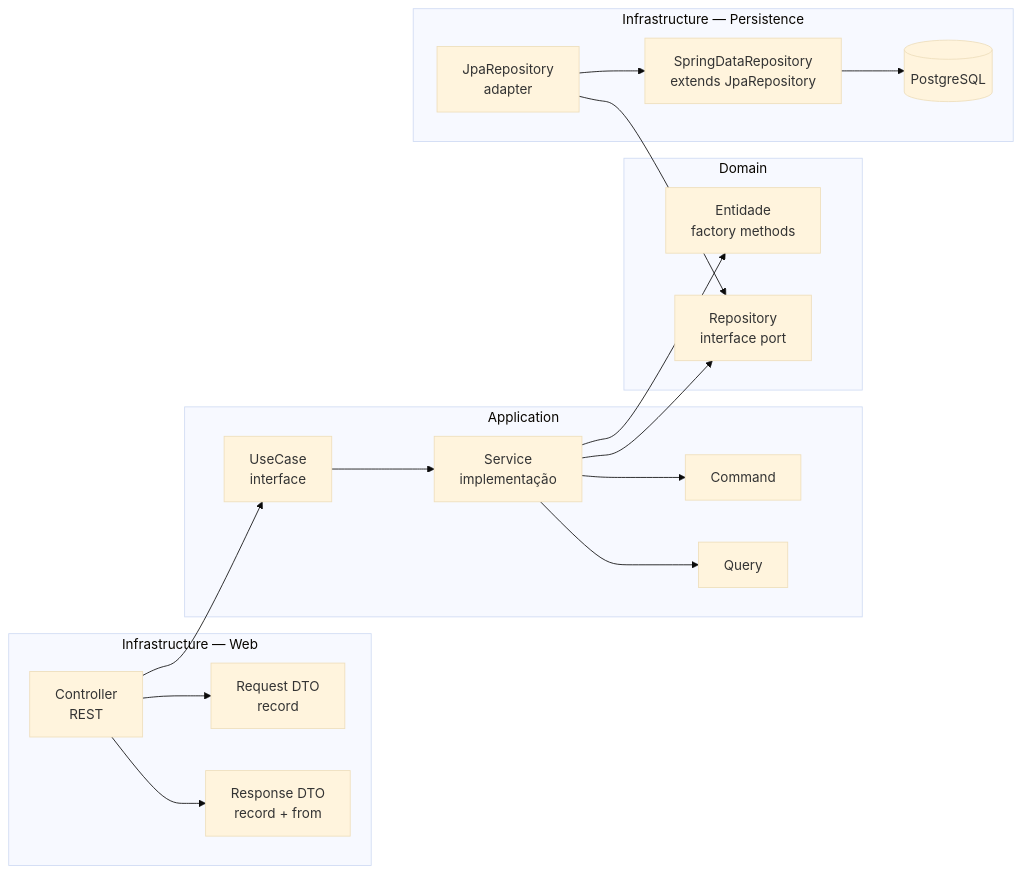
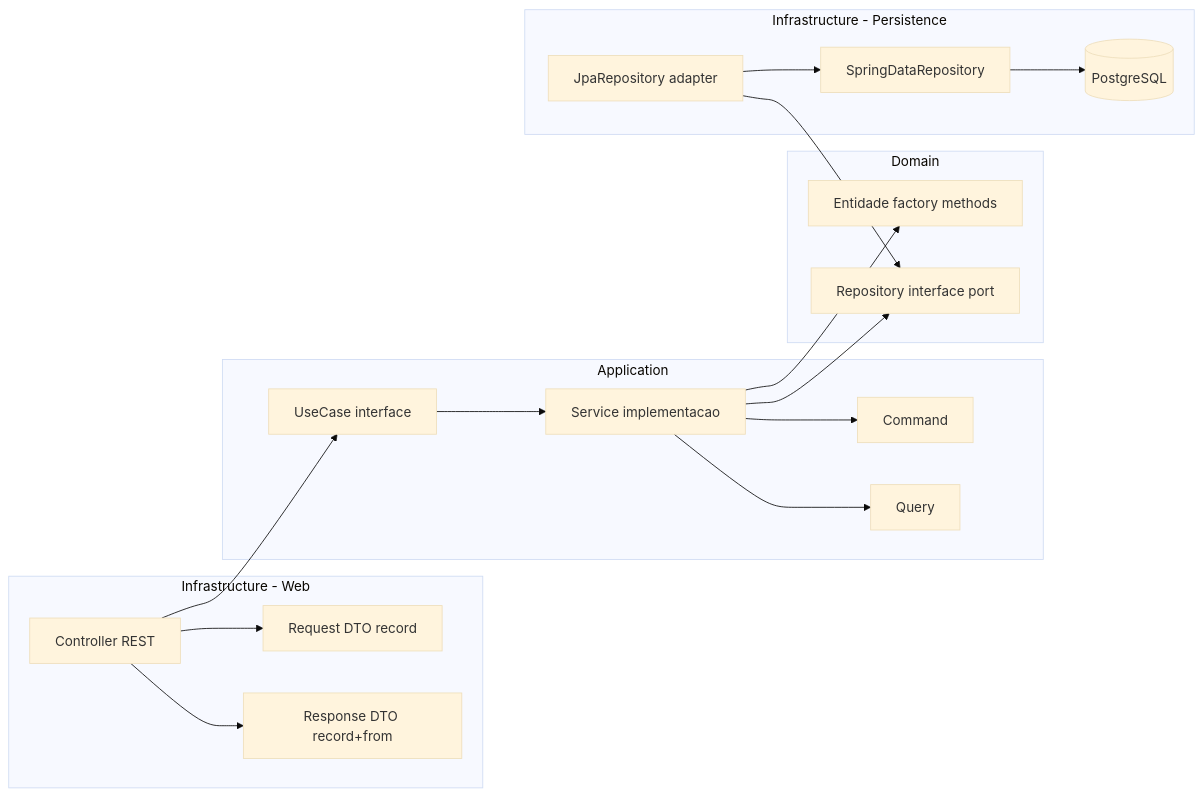
Before and after one commit to soat13-oficina/oficina-app: the second of 7 diagrams in docs/fluxograma.md, drawn with Mermaid (base theme). The commit also changed other lines of this file and 1 other file, not shown here.

Commit message:
docs: corrige sintaxe Mermaid nos fluxogramas

````diff
--- a/docs/fluxograma.md
+++ b/docs/fluxograma.md
@@ -36,38 +36,38 @@
 ```mermaid
 flowchart LR
-    subgraph WEB["Infrastructure — Web"]
-        CTRL[Controller\nREST]
-        REQ[Request DTO\nrecord]
-        RESP[Response DTO\nrecord + from]
+    subgraph WEB["Infrastructure - Web"]
+        CTRL["Controller REST"]
+        REQ["Request DTO record"]
+        RESP["Response DTO record+from"]
     end
 
     subgraph APP["Application"]
-        UC[UseCase\ninterface]
-        SVC[Service\nimplementação]
+        UC["UseCase interface"]
+        SVC["Service implementacao"]
         CMD[Command]
         QRY[Query]
     end
 
     subgraph DOM["Domain"]
-        ENT[Entidade\nfactory methods]
-        REPO_I[Repository\ninterface port]
+        ENT["Entidade factory methods"]
+        REPO_I["Repository interface port"]
     end
 
-    subgraph INFRA["Infrastructure — Persistence"]
-        JPA_REPO[JpaRepository\nadapter]
-        SD_REPO[SpringDataRepository\nextends JpaRepository]
+    subgraph INFRA["Infrastructure - Persistence"]
+        JPA_REPO["JpaRepository adapter"]
+        SD_REPO["SpringDataRepository"]
         DB[(PostgreSQL)]
     end
 
     CTRL --> REQ
     CTRL --> UC
     SVC --> CMD
     SVC --> QRY
     SVC --> ENT
     SVC --> REPO_I
     UC --> SVC
     JPA_REPO --> REPO_I
     JPA_REPO --> SD_REPO
     SD_REPO --> DB
     CTRL --> RESP
 ```
````
